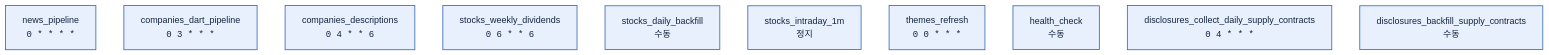
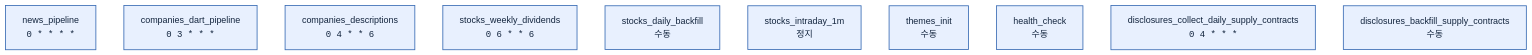
Before and after one commit to swmaestro-3back/finngraph-etl: the diagram in dags/README.md, drawn with Mermaid. The commit also changed other lines of this file and 10 other files, not shown here.

````diff
--- a/dags/README.md
+++ b/dags/README.md
@@ -59,16 +59,16 @@
 ```mermaid
 flowchart TB
     NP["news_pipeline<br/><code>0 * * * *</code>"]
     CDP["companies_dart_pipeline<br/><code>0 3 * * *</code>"]
     CDE["companies_descriptions<br/><code>0 4 * * 6</code>"]
     SWD["stocks_weekly_dividends<br/><code>0 6 * * 6</code>"]
     SDB["stocks_daily_backfill<br/>수동"]
     SI1["stocks_intraday_1m<br/>정지"]
-    TR["themes_refresh<br/><code>0 0 * * *</code>"]
+    TR["themes_init<br/>수동"]
     HC["health_check<br/>수동"]
     DCD["disclosures_collect_daily_supply_contracts<br/><code>0 4 * * *</code>"]
     DBF["disclosures_backfill_supply_contracts<br/>수동"]
 
     classDef cron fill:#e8f0fe,stroke:#3b6db5,stroke-width:1.5px,color:#12243d
     class NP,CDP,CDE,SWD,SDB,SI1,TR,HC,DCD,DBF cron
 ```
````
